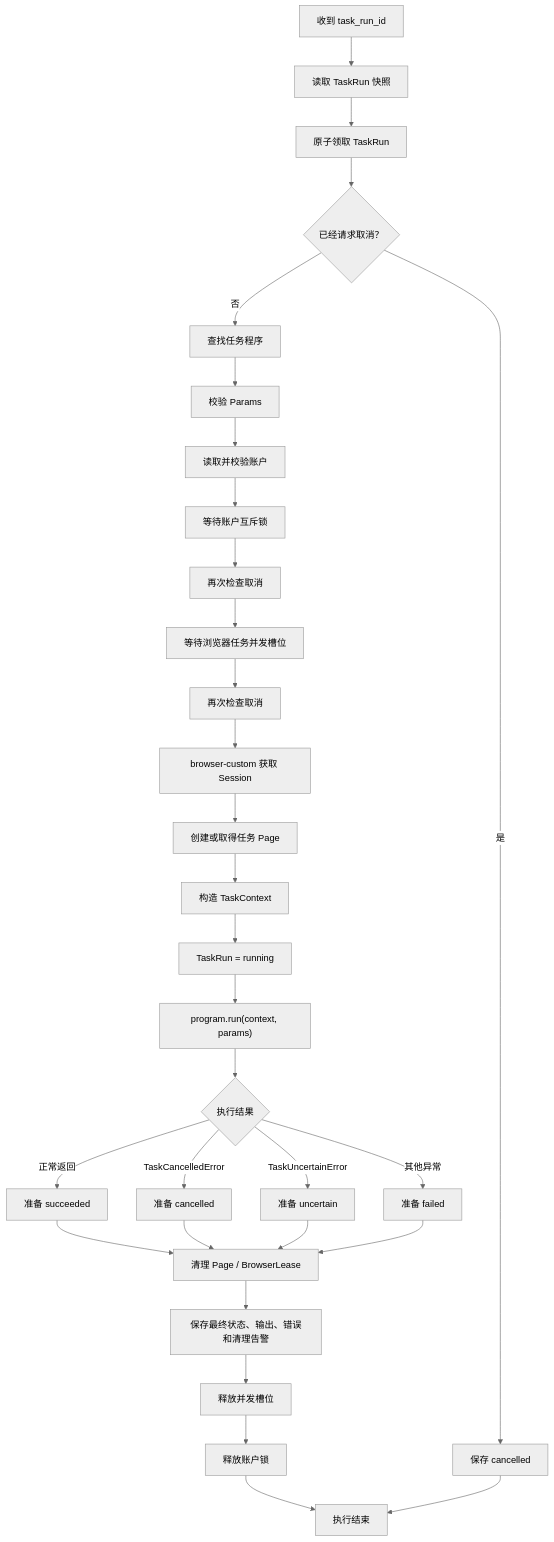
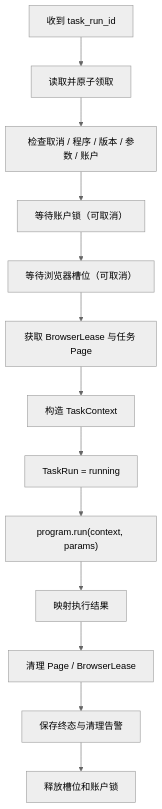
The second of 2 diagrams in docs/task-runner-processing-design.md (xy459/auto-x), drawn with Mermaid (neutral theme) before and after one commit. The commit also changed other lines of this file and 96 other files, not shown here.

````diff
--- a/docs/task-runner-processing-design.md
+++ b/docs/task-runner-processing-design.md
@@ -227,39 +107,15 @@
 ```mermaid
 flowchart TD
-    Start["收到 task_run_id"] --> Load["读取 TaskRun 快照"]
-    Load --> Claim["原子领取 TaskRun"]
-    Claim --> PreCancel{"已经请求取消？"}
-
-    PreCancel -- "是" --> Cancelled["保存 cancelled"]
-    PreCancel -- "否" --> Program["查找任务程序"]
-
-    Program --> Validate["校验 Params"]
-    Validate --> Account["读取并校验账户"]
-    Account --> AccountLock["等待账户互斥锁"]
-    AccountLock --> CancelCheck1["再次检查取消"]
-    CancelCheck1 --> Slot["等待浏览器任务并发槽位"]
-    Slot --> CancelCheck2["再次检查取消"]
-
-    CancelCheck2 --> Browser["browser-custom 获取 Session"]
-    Browser --> Page["创建或取得任务 Page"]
-    Page --> Context["构造 TaskContext"]
-    Context --> MarkRunning["TaskRun = running"]
-    MarkRunning --> Execute["program.run(context, params)"]
-
-    Execute --> Outcome{"执行结果"}
-    Outcome -- "正常返回" --> Success["准备 succeeded"]
-    Outcome -- "TaskCancelledError" --> CancelOutcome["准备 cancelled"]
-    Outcome -- "TaskUncertainError" --> Uncertain["准备 uncertain"]
-    Outcome -- "其他异常" --> Failure["准备 failed"]
-
-    Success --> Cleanup["清理 Page / BrowserLease"]
-    CancelOutcome --> Cleanup
-    Uncertain --> Cleanup
-    Failure --> Cleanup
-
-    Cleanup --> Persist["保存最终状态、输出、错误和清理告警"]
-    Persist --> ReleaseSlot["释放并发槽位"]
-    ReleaseSlot --> ReleaseLock["释放账户锁"]
-    ReleaseLock --> Done["执行结束"]
-    Cancelled --> Done
+    Start["收到 task_run_id"] --> Load["读取并原子领取"]
+    Load --> Pre["检查取消 / 程序 / 版本 / 参数 / 账户"]
+    Pre --> Lock["等待账户锁（可取消）"]
+    Lock --> Slot["等待浏览器槽位（可取消）"]
+    Slot --> Lease["获取 BrowserLease 与任务 Page"]
+    Lease --> Context["构造 TaskContext"]
+    Context --> Running["TaskRun = running"]
+    Running --> Execute["program.run(context, params)"]
+    Execute --> Outcome["映射执行结果"]
+    Outcome --> Cleanup["清理 Page / BrowserLease"]
+    Cleanup --> Persist["保存终态与清理告警"]
+    Persist --> Release["释放槽位和账户锁"]
 ```
````
